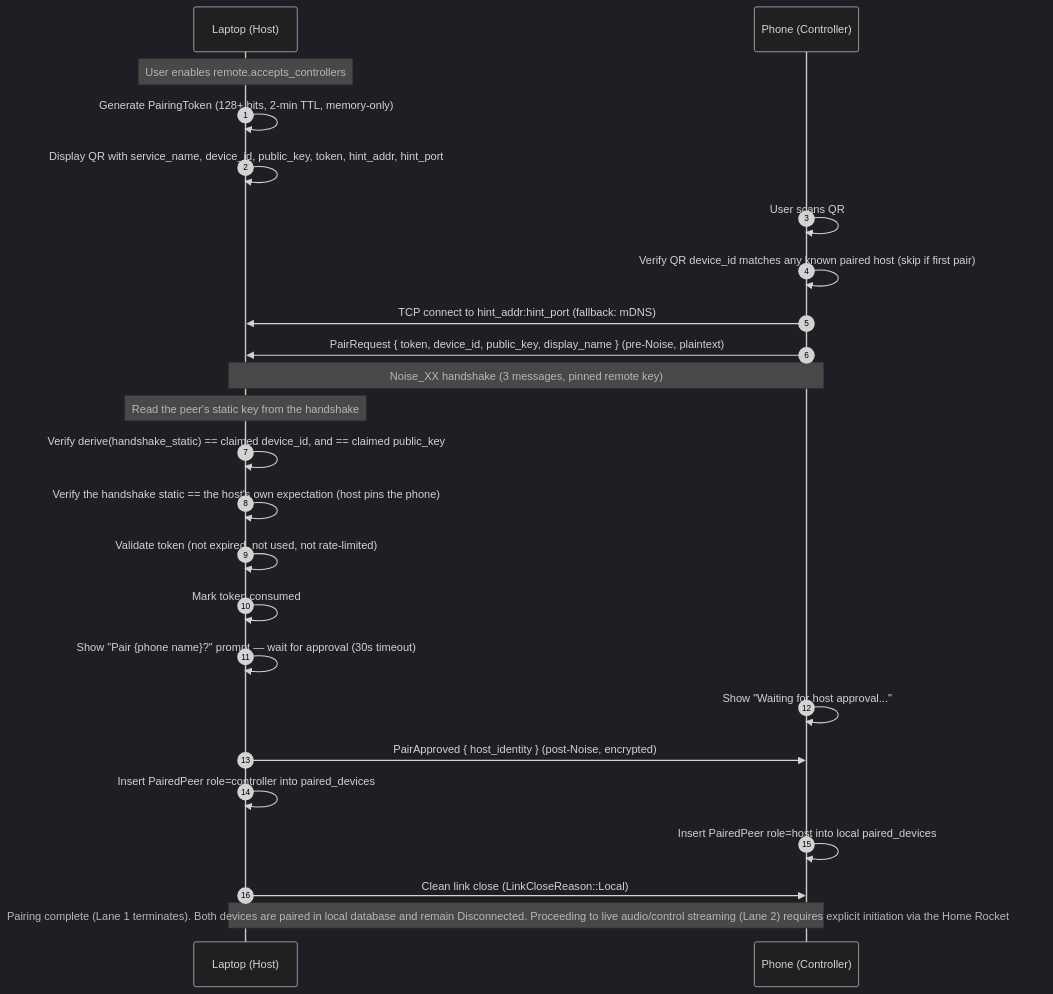
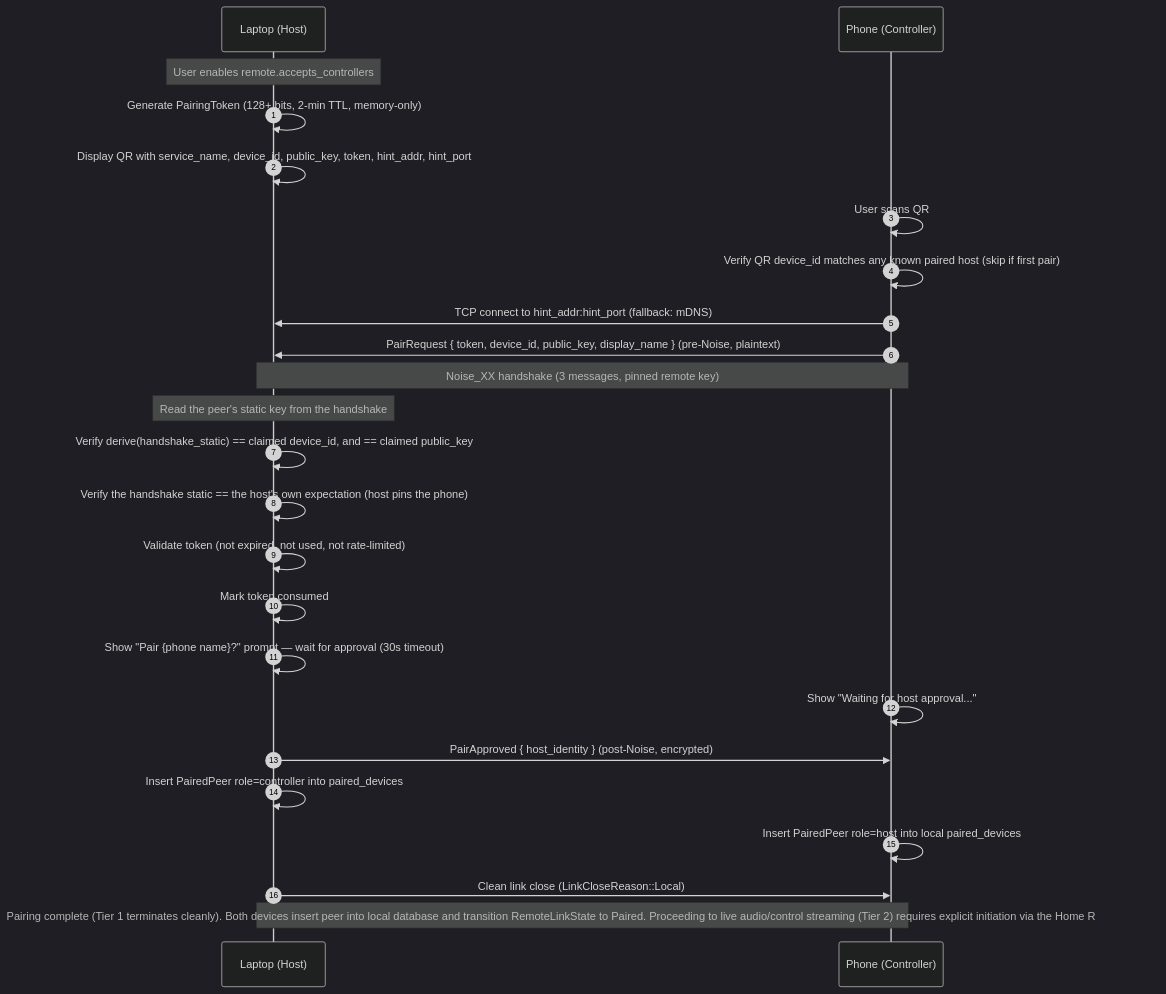
Before and after one commit to addy-47/vox: the second of 4 diagrams in docs/specs/remote-control-spec.md, drawn with Mermaid (dark theme). The commit also changed other lines of this file and 26 other files, not shown here.

Commit message:
refactor: implement Tier 1 pairing and Tier 2 link supervisor in remote session manager

````diff
--- a/docs/specs/remote-control-spec.md
+++ b/docs/specs/remote-control-spec.md
@@ -153,27 +168,27 @@
 ```mermaid
 sequenceDiagram
     autonumber
     participant L as Laptop (Host)
     participant P as Phone (Controller)
 
     Note over L: User enables remote.accepts_controllers
     L->>L: Generate PairingToken (128+ bits, 2-min TTL, memory-only)
     L->>L: Display QR with service_name, device_id, public_key, token, hint_addr, hint_port
     P->>P: User scans QR
     P->>P: Verify QR device_id matches any known paired host (skip if first pair)
     P->>L: TCP connect to hint_addr:hint_port (fallback: mDNS)
     P->>L: PairRequest { token, device_id, public_key, display_name } (pre-Noise, plaintext)
     Note over L,P: Noise_XX handshake (3 messages, pinned remote key)
     Note over L: Read the peer's static key from the handshake
     L->>L: Verify derive(handshake_static) == claimed device_id, and == claimed public_key
     L->>L: Verify the handshake static == the host's own expectation (host pins the phone)
     L->>L: Validate token (not expired, not used, not rate-limited)
     L->>L: Mark token consumed
     L->>L: Show "Pair {phone name}?" prompt — wait for approval (30s timeout)
     P->>P: Show "Waiting for host approval..."
     L->>P: PairApproved { host_identity } (post-Noise, encrypted)
     L->>L: Insert PairedPeer role=controller into paired_devices
     P->>P: Insert PairedPeer role=host into local paired_devices
     L->>P: Clean link close (LinkCloseReason::Local)
-    Note over L,P: Pairing complete (Lane 1 terminates). Both devices are paired in local database and remain Disconnected. Proceeding to live audio/control streaming (Lane 2) requires explicit initiation via the Home Rocket button.
+    Note over L,P: Pairing complete (Tier 1 terminates cleanly). Both devices insert peer into local database and transition RemoteLinkState to Paired. Proceeding to live audio/control streaming (Tier 2) requires explicit initiation via the Home Rocket button.
 ```
````
